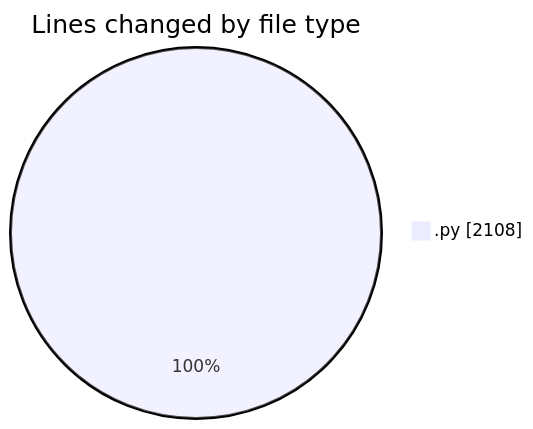
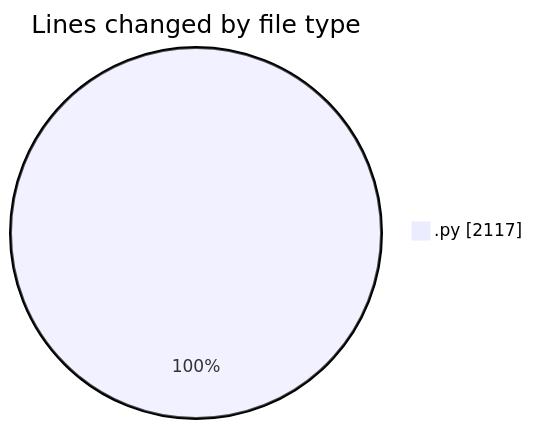
One commit to MatusMokan/code-tracking changed the first of 2 diagrams in 2025-04-19/myws__workspace_/README.md. Above: the diagram before and after it, drawn with Mermaid. The commit also changed other lines of this file and 1 other file, not shown here.

````diff
--- a/2025-04-19/myws__workspace_/README.md
+++ b/2025-04-19/myws__workspace_/README.md
@@ -23,5 +23,5 @@
 ```mermaid
 pie showData
 title Lines changed by file type
-".py" : 2108
+".py" : 2117
 ```
````
